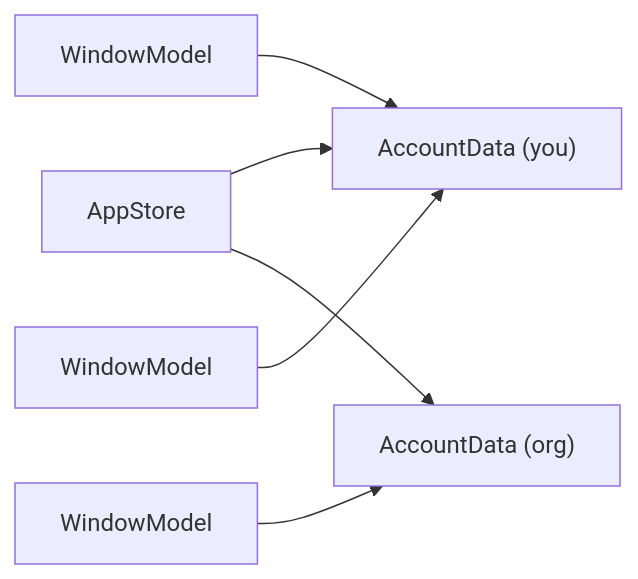
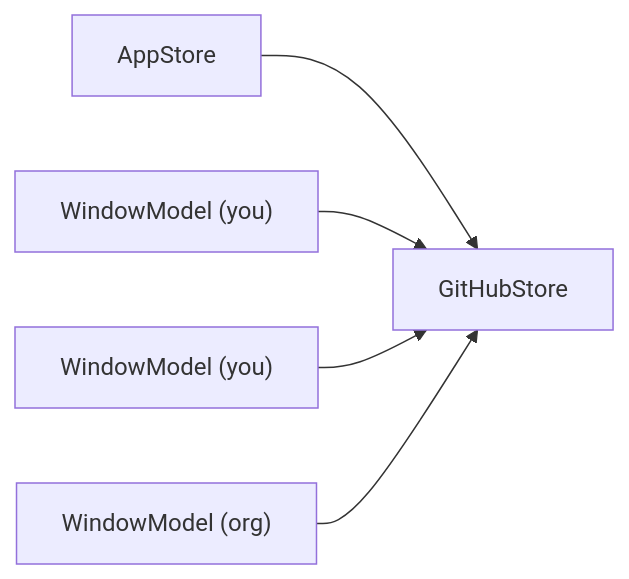
The second of 3 diagrams in plans/architecture.md (bojanrajkovic/hermes), drawn with Mermaid before and after one commit. The commit also changed other lines of this file and 55 other files, not shown here.

First line of the commit message:
Keep GitHub state in one store (#96)

````diff
--- a/plans/architecture.md
+++ b/plans/architecture.md
@@ -85,8 +89,7 @@
 ```mermaid
 graph LR
-    S[AppStore] --> A1["AccountData (you)"]
-    S --> A2["AccountData (org)"]
-    W1[WindowModel] --> A1
-    W2[WindowModel] --> A1
-    W3[WindowModel] --> A2
+    S[AppStore] --> G[GitHubStore]
+    W1["WindowModel (you)"] --> G
+    W2["WindowModel (you)"] --> G
+    W3["WindowModel (org)"] --> G
 ```
````
